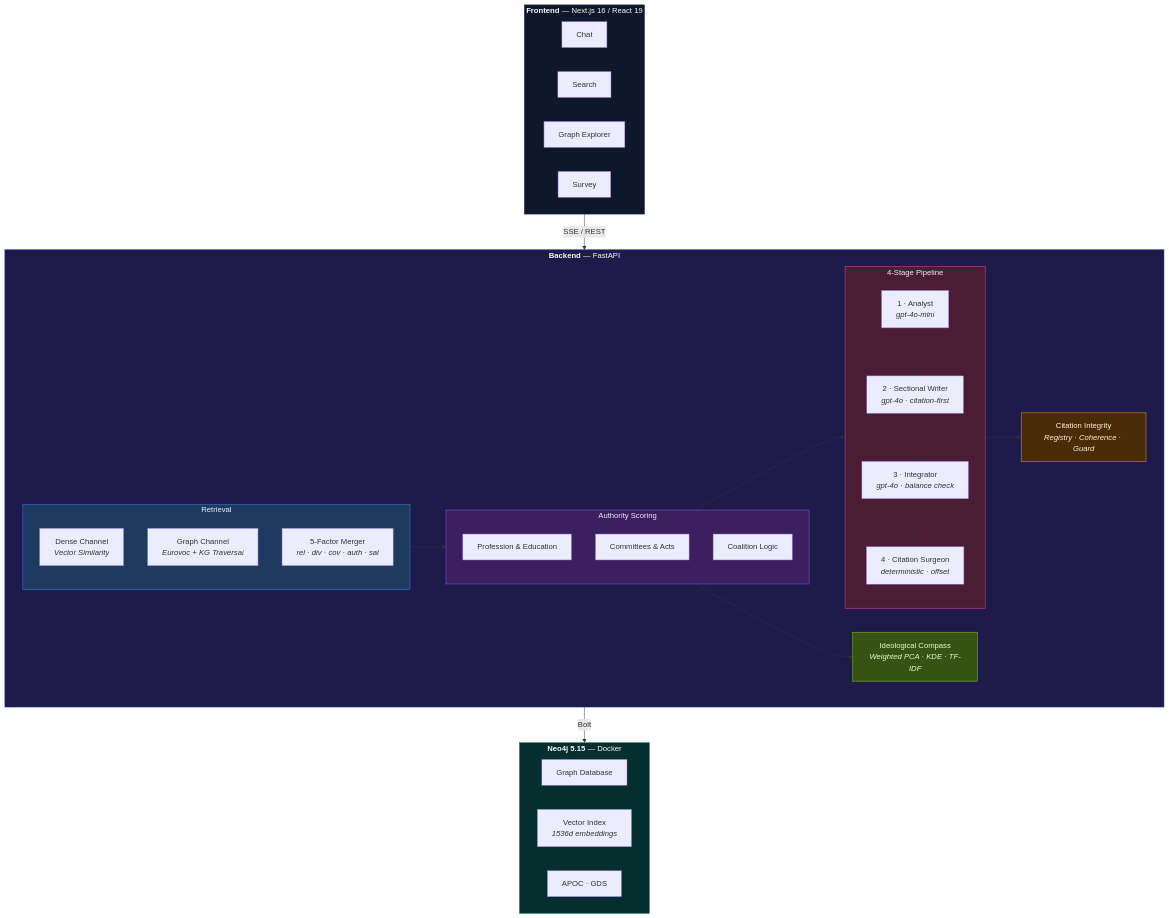
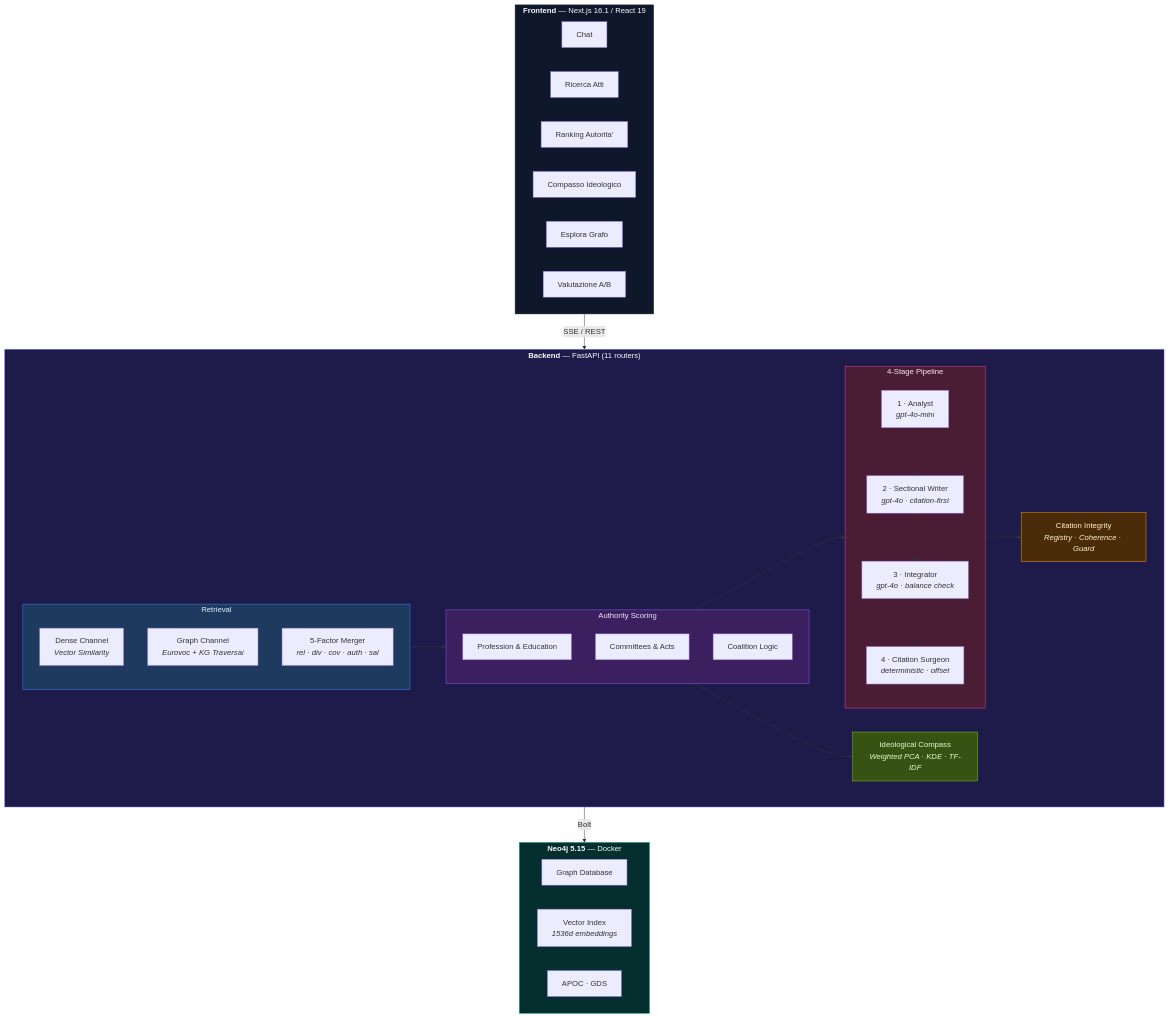
Before and after one commit to Emeierkeio/ParliamentRAG: the first of 2 diagrams in README.md, drawn with Mermaid. The commit also changed other lines of this file, not shown here.

````diff
--- a/README.md
+++ b/README.md
@@ -66,58 +66,60 @@
 ```mermaid
 flowchart TB
-  subgraph Frontend["<b>Frontend</b> — Next.js 16 / React 19"]
+  subgraph Frontend["<b>Frontend</b> — Next.js 16.1 / React 19"]
     direction LR
     Chat["Chat"]
-    Search["Search"]
-    Explorer["Graph Explorer"]
-    Survey["Survey"]
+    Search["Ricerca Atti"]
+    Ranking["Ranking Autorita'"]
+    Compass["Compasso Ideologico"]
+    Explorer["Esplora Grafo"]
+    Eval["Valutazione A/B"]
   end
 
   Frontend -->|"SSE / REST"| Backend
 
-  subgraph Backend["<b>Backend</b> — FastAPI"]
+  subgraph Backend["<b>Backend</b> — FastAPI (11 routers)"]
     direction LR
     subgraph Retrieval["Retrieval"]
       Dense["Dense Channel<br/><i>Vector Similarity</i>"]
       Graph["Graph Channel<br/><i>Eurovoc + KG Traversal</i>"]
       Merger["5-Factor Merger<br/><i>rel · div · cov · auth · sal</i>"]
     end
     subgraph Authority["Authority Scoring"]
       Prof["Profession & Education"]
       Comm["Committees & Acts"]
       Coal["Coalition Logic"]
     end
     subgraph Generation["4-Stage Pipeline"]
       S1["1 · Analyst<br/><i>gpt-4o-mini</i>"]
       S2["2 · Sectional Writer<br/><i>gpt-4o · citation-first</i>"]
       S3["3 · Integrator<br/><i>gpt-4o · balance check</i>"]
       S4["4 · Citation Surgeon<br/><i>deterministic · offset</i>"]
       S1 --> S2 --> S3 --> S4
     end
-    Compass["Ideological Compass<br/><i>Weighted PCA · KDE · TF-IDF</i>"]
+    CompassSvc["Ideological Compass<br/><i>Weighted PCA · KDE · TF-IDF</i>"]
     Integrity["Citation Integrity<br/><i>Registry · Coherence · Guard</i>"]
   end
 
   Retrieval --> Authority
   Authority --> Generation
-  Authority --> Compass
+  Authority --> CompassSvc
   Generation --> Integrity
 
   Backend -->|"Bolt"| DB
 
   subgraph DB["<b>Neo4j 5.15</b> — Docker"]
     direction LR
     GraphDB["Graph Database"]
     VectorIdx["Vector Index<br/><i>1536d embeddings</i>"]
     Plugins["APOC · GDS"]
   end
 
   style Frontend fill:#0f172a,stroke:#334155,color:#f8fafc
   style Backend fill:#1e1b4b,stroke:#4338ca,color:#f8fafc
   style DB fill:#042f2e,stroke:#0d9488,color:#f8fafc
   style Retrieval fill:#1e3a5f,stroke:#3b82f6,color:#e0f2fe
   style Authority fill:#3b1f5e,stroke:#8b5cf6,color:#ede9fe
   style Generation fill:#4a1d34,stroke:#ec4899,color:#fce7f3
-  style Compass fill:#365314,stroke:#84cc16,color:#ecfccb
+  style CompassSvc fill:#365314,stroke:#84cc16,color:#ecfccb
   style Integrity fill:#4a2c0a,stroke:#f59e0b,color:#fef3c7
 ```
````
